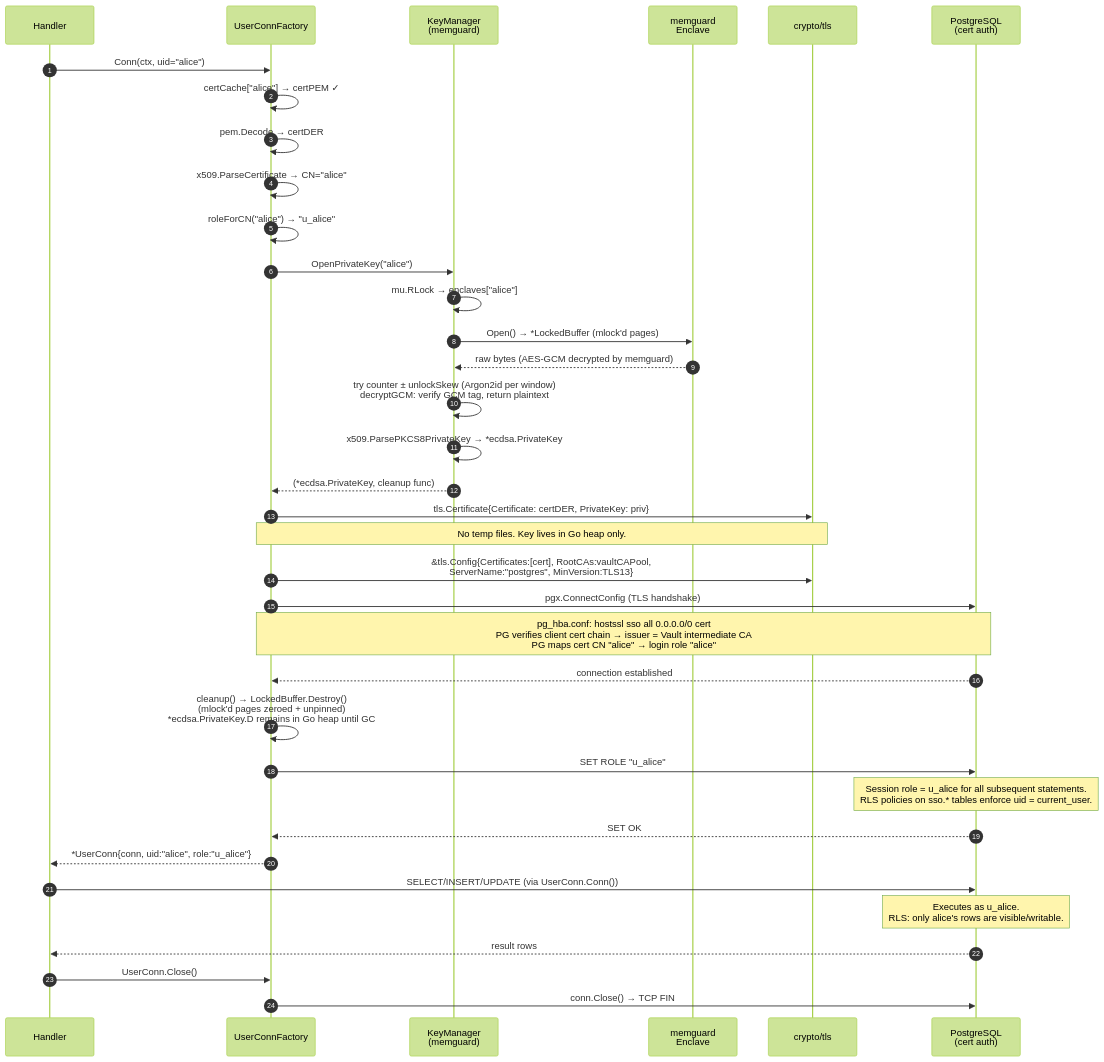
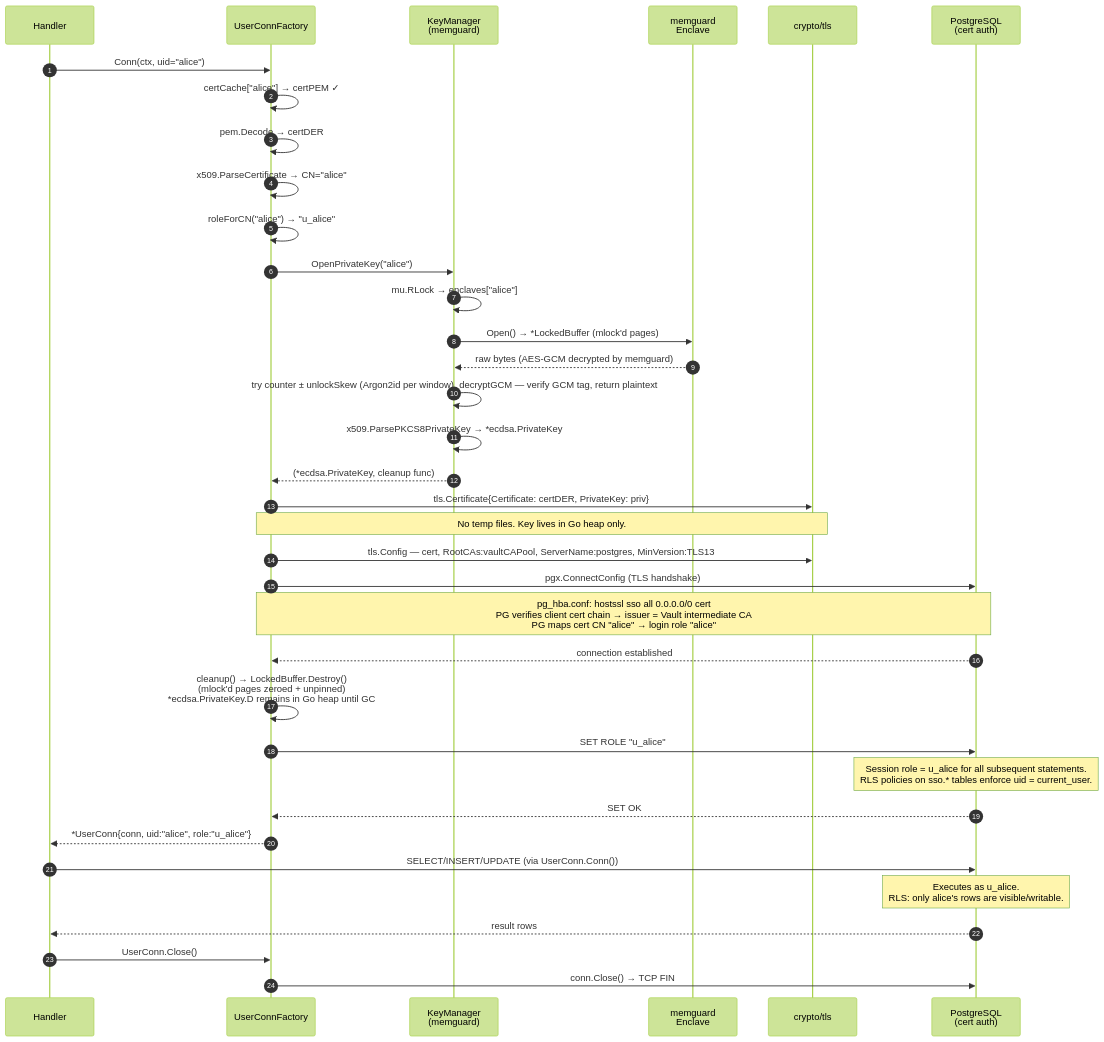
Before and after one commit to jwc65535/sso01a: the fifth of 5 diagrams in docs/flow.md, drawn with Mermaid (forest theme). The commit also changed other lines of this file, not shown here.

Commit message:
Enhance readability and consistency in flow diagrams

````diff
--- a/docs/flow.md
+++ b/docs/flow.md
@@ -235,47 +236,47 @@
 ```mermaid
 sequenceDiagram
     autonumber
     participant Handler
     participant Factory as UserConnFactory
     participant KeyMgr as KeyManager<br/>(memguard)
     participant Enclave as memguard<br/>Enclave
     participant TLS as crypto/tls
     participant PG as PostgreSQL<br/>(cert auth)
 
     Handler->>Factory: Conn(ctx, uid="alice")
 
     Factory->>Factory: certCache["alice"] → certPEM ✓
     Factory->>Factory: pem.Decode → certDER
     Factory->>Factory: x509.ParseCertificate → CN="alice"
     Factory->>Factory: roleForCN("alice") → "u_alice"
 
     Factory->>KeyMgr: OpenPrivateKey("alice")
     KeyMgr->>KeyMgr: mu.RLock → enclaves["alice"]
     KeyMgr->>Enclave: Open() → *LockedBuffer (mlock'd pages)
     Enclave-->>KeyMgr: raw bytes (AES-GCM decrypted by memguard)
-    KeyMgr->>KeyMgr: try counter ± unlockSkew (Argon2id per window)<br/>decryptGCM: verify GCM tag, return plaintext
+    KeyMgr->>KeyMgr: try counter ± unlockSkew (Argon2id per window), decryptGCM — verify GCM tag, return plaintext
     KeyMgr->>KeyMgr: x509.ParsePKCS8PrivateKey → *ecdsa.PrivateKey
     KeyMgr-->>Factory: (*ecdsa.PrivateKey, cleanup func)
 
     Factory->>TLS: tls.Certificate{Certificate: certDER, PrivateKey: priv}
     Note over Factory,TLS: No temp files. Key lives in Go heap only.
-    Factory->>TLS: &tls.Config{Certificates:[cert], RootCAs:vaultCAPool,<br/>ServerName:"postgres", MinVersion:TLS13}
+    Factory->>TLS: tls.Config — cert, RootCAs:vaultCAPool, ServerName:postgres, MinVersion:TLS13
 
     Factory->>PG: pgx.ConnectConfig (TLS handshake)
     Note over Factory,PG: pg_hba.conf: hostssl sso all 0.0.0.0/0 cert<br/>PG verifies client cert chain → issuer = Vault intermediate CA<br/>PG maps cert CN "alice" → login role "alice"
     PG-->>Factory: connection established
     Factory->>Factory: cleanup() → LockedBuffer.Destroy()<br/>(mlock'd pages zeroed + unpinned)<br/>*ecdsa.PrivateKey.D remains in Go heap until GC
 
     Factory->>PG: SET ROLE "u_alice"
     Note over PG: Session role = u_alice for all subsequent statements.<br/>RLS policies on sso.* tables enforce uid = current_user.
     PG-->>Factory: SET OK
 
     Factory-->>Handler: *UserConn{conn, uid:"alice", role:"u_alice"}
 
     Handler->>PG: SELECT/INSERT/UPDATE (via UserConn.Conn())
     Note over PG: Executes as u_alice.<br/>RLS: only alice's rows are visible/writable.
     PG-->>Handler: result rows
 
     Handler->>Factory: UserConn.Close()
     Factory->>PG: conn.Close() → TCP FIN
 ```
````
